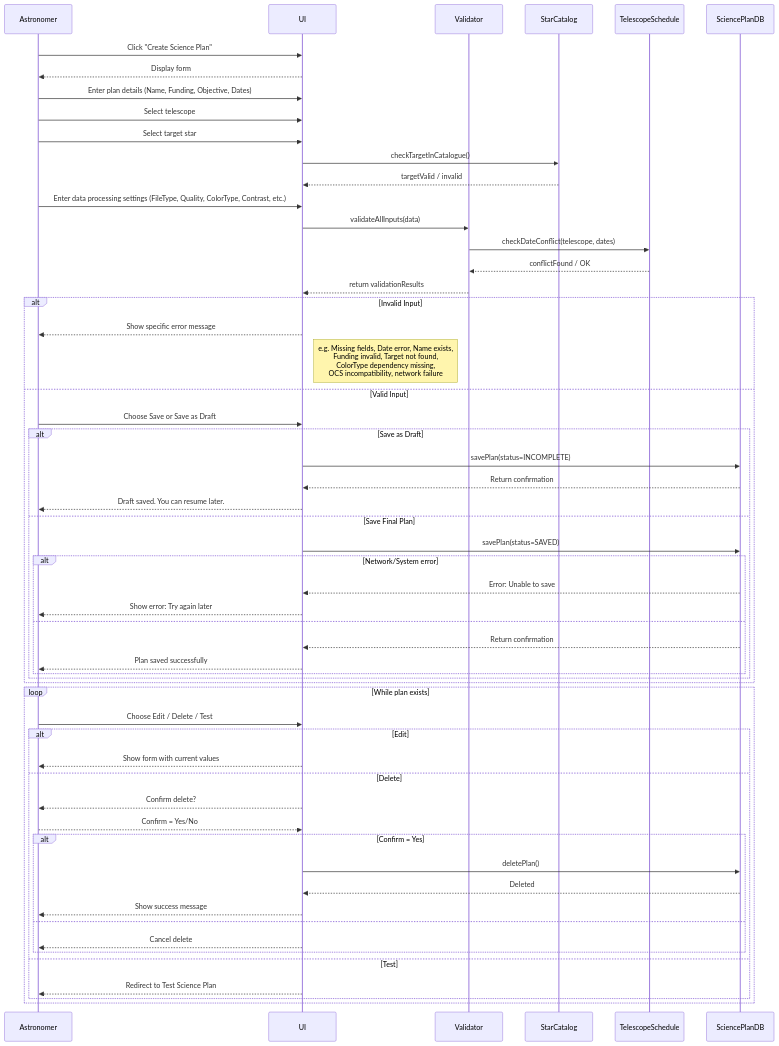
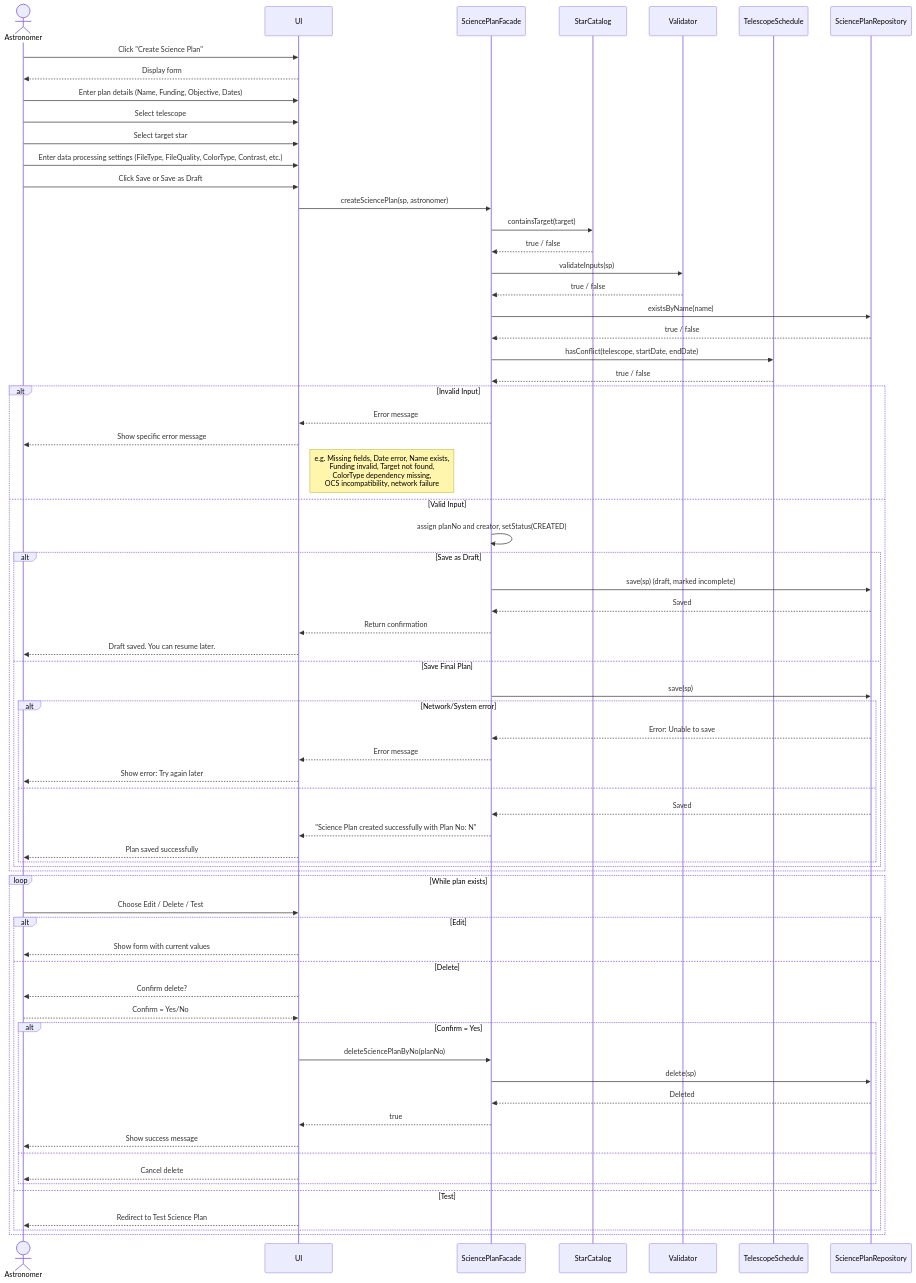
One commit to FantasticRattee/gemini-telescope-control-system changed the second of 7 diagrams in docs/design.md. Above: the diagram before and after it, drawn with Mermaid. The commit also changed other lines of this file and 13 other files, not shown here.

First line of the commit message:
Fix science plan workflow, tests, and use-case diagram

````diff
--- a/docs/design.md
+++ b/docs/design.md
@@ -63,11 +65,12 @@
 ```mermaid
 sequenceDiagram
-    participant Astronomer
+    actor Astronomer
     participant UI
+    participant SPF as SciencePlanFacade
+    participant StarCatalog
     participant Validator
-    participant StarCatalog
     participant TelescopeSchedule
-    participant SciencePlanDB
+    participant SPR as SciencePlanRepository
 
     %% === 1. Start Creating Plan ===
     Astronomer->>UI: Click "Create Science Plan"
@@ -77,35 +80,43 @@
     Astronomer->>UI: Enter plan details (Name, Funding, Objective, Dates)
     Astronomer->>UI: Select telescope
     Astronomer->>UI: Select target star
-    UI->>StarCatalog: checkTargetInCatalogue()
-    StarCatalog-->>UI: targetValid / invalid
 
     %% === 3. Enter Data Processing ===
-    Astronomer->>UI: Enter data processing settings (FileType, Quality, ColorType, Contrast, etc.)
+    Astronomer->>UI: Enter data processing settings (FileType, FileQuality, ColorType, Contrast, etc.)
+    Astronomer->>UI: Click Save or Save as Draft
 
     %% === 4. Validation ===
-    UI->>Validator: validateAllInputs(data)
-    Validator->>TelescopeSchedule: checkDateConflict(telescope, dates)
-    TelescopeSchedule-->>Validator: conflictFound / OK
-    Validator-->>UI: return validationResults
+    UI->>SPF: createSciencePlan(sp, astronomer)
+    SPF->>StarCatalog: containsTarget(target)
+    StarCatalog-->>SPF: true / false
+    SPF->>Validator: validateInputs(sp)
+    Validator-->>SPF: true / false
+    SPF->>SPR: existsByName(name)
+    SPR-->>SPF: true / false
+    SPF->>TelescopeSchedule: hasConflict(telescope, startDate, endDate)
+    TelescopeSchedule-->>SPF: true / false
 
     alt Invalid Input
+        SPF-->>UI: Error message
         UI-->>Astronomer: Show specific error message
         Note right of UI: e.g. Missing fields, Date error, Name exists,<br/>Funding invalid, Target not found,<br/>ColorType dependency missing,<br/>OCS incompatibility, network failure
     else Valid Input
-        Astronomer->>UI: Choose Save or Save as Draft
+        SPF->>SPF: assign planNo and creator, setStatus(CREATED)
 
         alt Save as Draft
-            UI->>SciencePlanDB: savePlan(status=INCOMPLETE)
-            SciencePlanDB-->>UI: Return confirmation
+            SPF->>SPR: save(sp) (draft, marked incomplete)
+            SPR-->>SPF: Saved
+            SPF-->>UI: Return confirmation
             UI-->>Astronomer: Draft saved. You can resume later.
         else Save Final Plan
-            UI->>SciencePlanDB: savePlan(status=SAVED)
+            SPF->>SPR: save(sp)
             alt Network/System error
-                SciencePlanDB-->>UI: Error: Unable to save
+                SPR-->>SPF: Error: Unable to save
+                SPF-->>UI: Error message
                 UI-->>Astronomer: Show error: Try again later
             else
-                SciencePlanDB-->>UI: Return confirmation
+                SPR-->>SPF: Saved
+                SPF-->>UI: "Science Plan created successfully with Plan No: N"
                 UI-->>Astronomer: Plan saved successfully
             end
         end
@@ -122,8 +133,10 @@
             UI-->>Astronomer: Confirm delete?
             Astronomer-->>UI: Confirm = Yes/No
             alt Confirm = Yes
-                UI->>SciencePlanDB: deletePlan()
-                SciencePlanDB-->>UI: Deleted
+                UI->>SPF: deleteSciencePlanByNo(planNo)
+                SPF->>SPR: delete(sp)
+                SPR-->>SPF: Deleted
+                SPF-->>UI: true
                 UI-->>Astronomer: Show success message
             else
                 UI-->>Astronomer: Cancel delete
````
